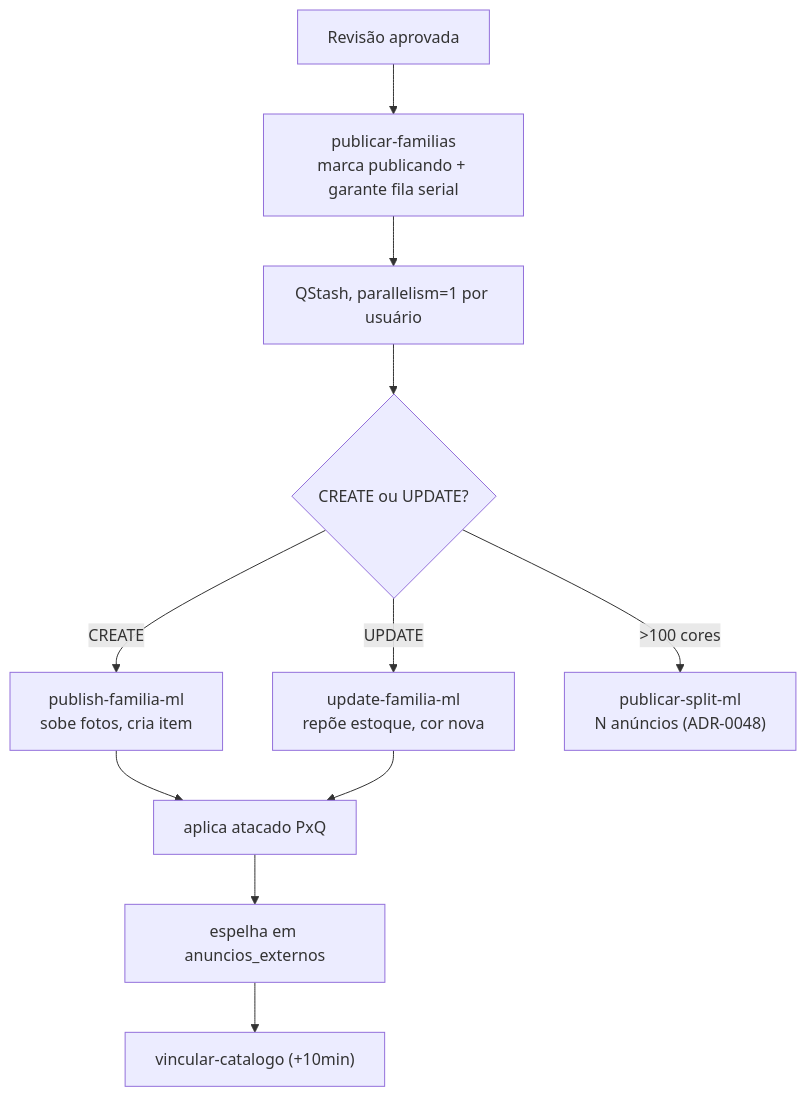
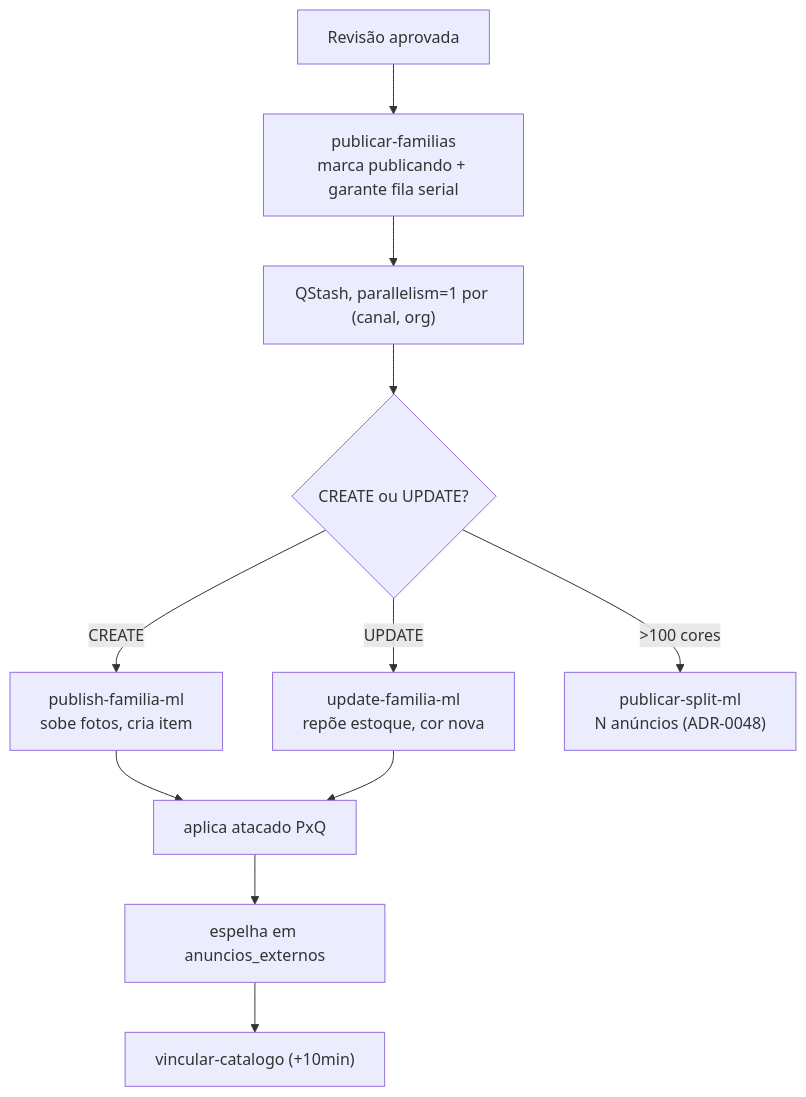
The diagram in obsidian-vault/02-Fluxos/Publicação Mercado Livre.md (analistasistemas-bit/gtinmktplace), drawn with Mermaid before and after one commit. The commit also changed other lines of this file and 13 other files, not shown here.

````diff
--- a/obsidian-vault/02-Fluxos/Publicação Mercado Livre.md
+++ b/obsidian-vault/02-Fluxos/Publicação Mercado Livre.md
@@ -13,13 +13,13 @@
 ```mermaid
 flowchart TD
     R[Revisão aprovada] --> PF["publicar-familias<br/>marca publicando + garante fila serial"]
-    PF --> Q["QStash, parallelism=1 por usuário"]
+    PF --> Q["QStash, parallelism=1 por (canal, org)"]
     Q --> Create{"CREATE ou UPDATE?"}
     Create -->|CREATE| PC["publish-familia-ml<br/>sobe fotos, cria item"]
     Create -->|UPDATE| PU["update-familia-ml<br/>repõe estoque, cor nova"]
     Create -->|>100 cores| PS["publicar-split-ml<br/>N anúncios (ADR-0048)"]
     PC --> AT[aplica atacado PxQ]
     PU --> AT
     AT --> ESP["espelha em anuncios_externos"]
     ESP --> VC["vincular-catalogo (+10min)"]
 ```
````
